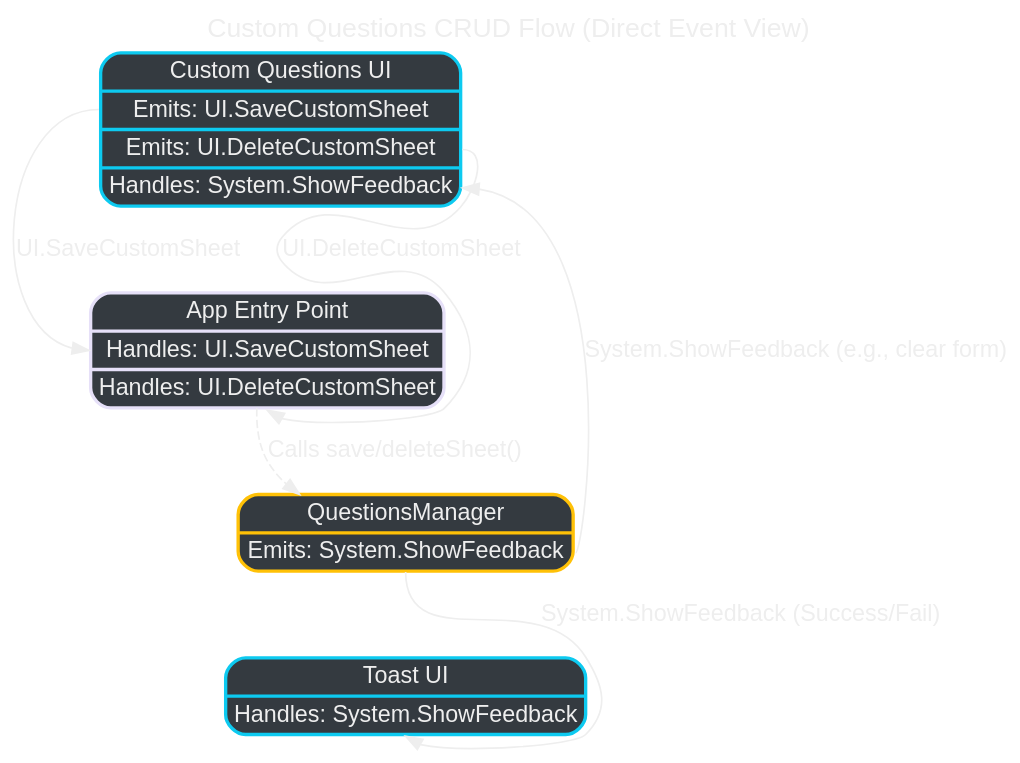
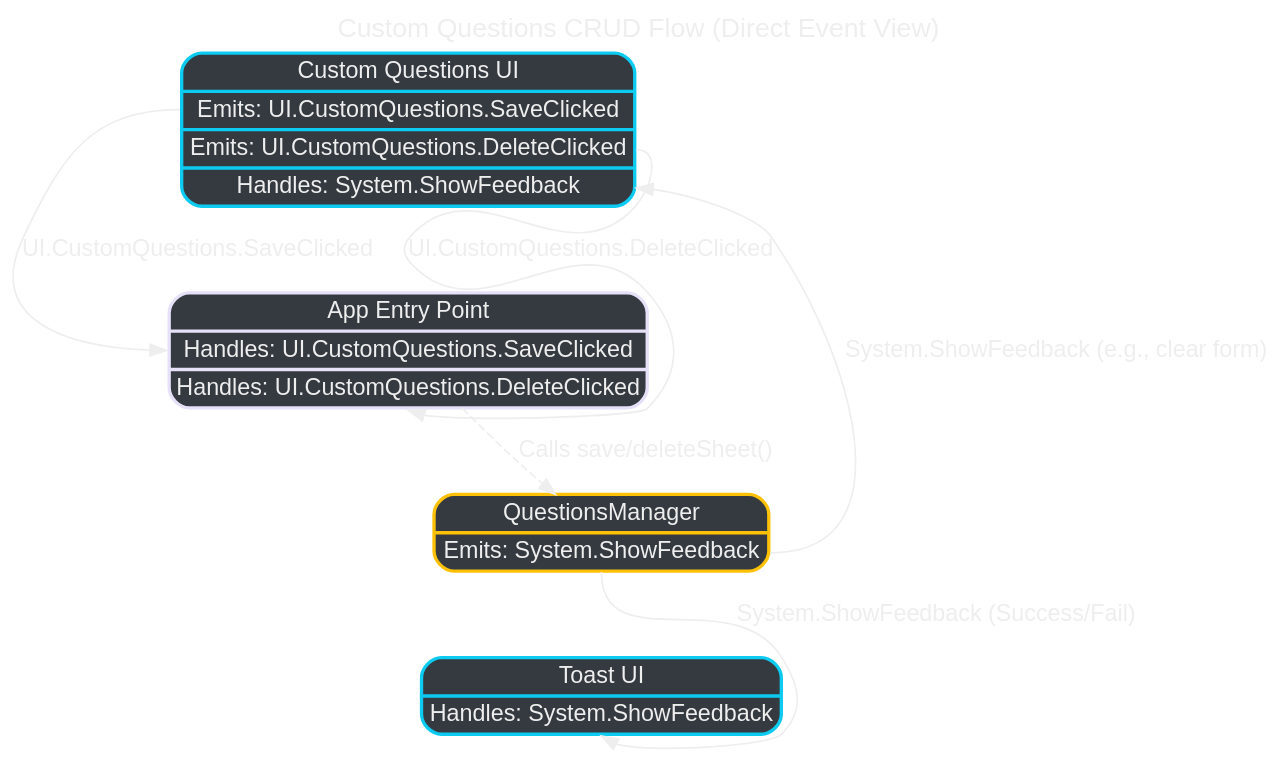
Before and after one commit to SchizoDuckie/unicornpoep: the diagram in v2/docs/8-scenario-custom-questions-management-crud-without-bus.dot, drawn with Graphviz. The commit also changed 70 other files, not shown here.

```diff
--- a/v2/docs/8-scenario-custom-questions-management-crud-without-bus.dot
+++ b/v2/docs/8-scenario-custom-questions-management-crud-without-bus.dot
@@ -1,31 +1,31 @@
 digraph CustomQCRUD_Direct {
     rankdir=TD;
     sep="0.6";
     overlap=false;
     bgcolor="transparent";
     fontname="Arial";
     node [shape=box, style="rounded,filled", fontcolor="#eeeeee", color="#eeeeee", fontname="Arial"];
     edge [fontcolor="#eeeeee", color="#eeeeee", fontname="Arial"];
     graph [label="Custom Questions CRUD Flow (Direct Event View)", labelloc=t, fontsize=16, fontcolor="#eeeeee"];
 
     // Node Styles (Record for specific event interactions)
     CustomQuestionsComponent [shape="record", style="rounded,filled", fillcolor="#343a40", color="#0dcaf0", penwidth=2,
-                              label="{ Custom Questions UI | {<emits_save> Emits: UI.SaveCustomSheet} | {<emits_del> Emits: UI.DeleteCustomSheet} | {<handles_feedback> Handles: System.ShowFeedback} }"];
+                              label="{ Custom Questions UI | {<emits_save> Emits: UI.CustomQuestions.SaveClicked} | {<emits_del> Emits: UI.CustomQuestions.DeleteClicked} | {<handles_feedback> Handles: System.ShowFeedback} }"];
     ToastComponent [shape="record", style="rounded,filled", fillcolor="#343a40", color="#0dcaf0", penwidth=2,
                     label="{ Toast UI | {<handles_feedback> Handles: System.ShowFeedback} }"];
     UnicornPoep [shape="record", style="rounded,filled", fillcolor="#343a40", color="#e6e0f8", penwidth=2,
-                 label="{ App Entry Point | {<handles_save> Handles: UI.SaveCustomSheet} | {<handles_del> Handles: UI.DeleteCustomSheet} }"];
+                 label="{ App Entry Point | {<handles_save> Handles: UI.CustomQuestions.SaveClicked} | {<handles_del> Handles: UI.CustomQuestions.DeleteClicked} }"];
     QuestionsManager [shape="record", style="rounded,filled", fillcolor="#343a40", color="#ffc107", penwidth=2,
                       label="{ QuestionsManager | {<emits_feedback> Emits: System.ShowFeedback} }"];
 
     // 1. User clicks Save/Delete -> App (Direct Event Flows)
-    CustomQuestionsComponent:emits_save -> UnicornPoep:handles_save [label=" UI.SaveCustomSheet"];
-    CustomQuestionsComponent:emits_del -> UnicornPoep:handles_del [label=" UI.DeleteCustomSheet"];
+    CustomQuestionsComponent:emits_save -> UnicornPoep:handles_save [label=" UI.CustomQuestions.SaveClicked"];
+    CustomQuestionsComponent:emits_del -> UnicornPoep:handles_del [label=" UI.CustomQuestions.DeleteClicked"];
 
     // 2. Handler calls service (Direct Call)
     UnicornPoep -> QuestionsManager [label=" Calls save/deleteSheet()", style=dashed];
 
     // 3. Service emits feedback -> UI (Direct Event Flows)
     QuestionsManager:emits_feedback -> ToastComponent:handles_feedback [label=" System.ShowFeedback (Success/Fail)"];
     QuestionsManager:emits_feedback -> CustomQuestionsComponent:handles_feedback [label=" System.ShowFeedback (e.g., clear form)"];
 } 
```
